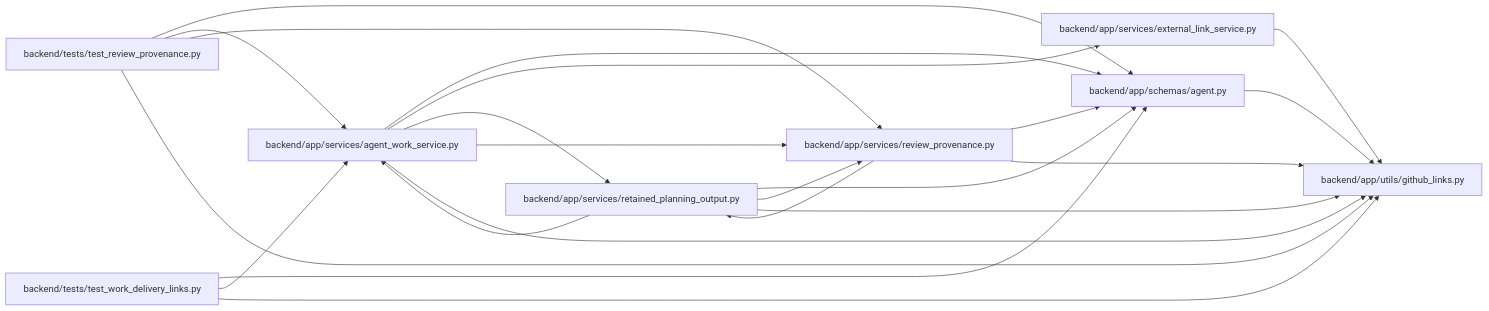
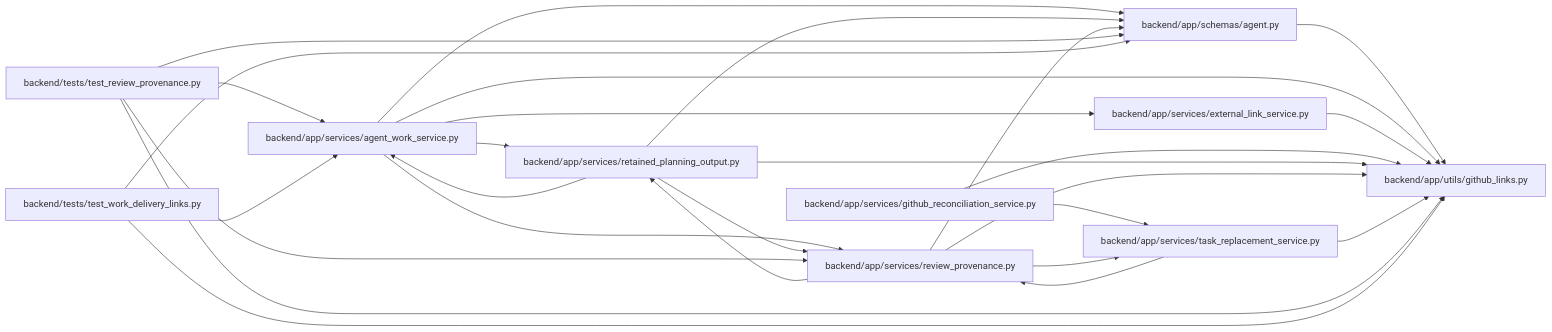
The diagram in docs/llm_wiki/modules/github_links.md (Denissvgn/WorkChord), drawn with Mermaid before and after one commit. The commit also changed other lines of this file and 1817 other files, not shown here.

First line of the commit message:
Refresh the architectural wiki for the 1.9.0 changes

````diff
--- a/docs/llm_wiki/modules/github_links.md
+++ b/docs/llm_wiki/modules/github_links.md
@@ -22,40 +22,49 @@
 ```mermaid
 flowchart LR
     n0["backend/app/schemas/agent.py"]
     n1["backend/app/services/agent_work_service.py"]
     n2["backend/app/services/external_link_service.py"]
-    n3["backend/app/services/retained_planning_output.py"]
-    n4["backend/app/services/review_provenance.py"]
-    n5["backend/app/utils/github_links.py"]
-    n6["backend/tests/test_review_provenance.py"]
-    n7["backend/tests/test_work_delivery_links.py"]
-    n0 --> n5
+    n3["backend/app/services/github_reconciliation_service.py"]
+    n4["backend/app/services/retained_planning_output.py"]
+    n5["backend/app/services/review_provenance.py"]
+    n6["backend/app/services/task_replacement_service.py"]
+    n7["backend/app/utils/github_links.py"]
+    n8["backend/tests/test_review_provenance.py"]
+    n9["backend/tests/test_work_delivery_links.py"]
+    n0 --> n7
     n1 --> n0
     n1 --> n2
-    n1 --> n3
     n1 --> n4
     n1 --> n5
-    n2 --> n5
-    n3 --> n0
-    n3 --> n1
-    n3 --> n4
-    n3 --> n5
+    n1 --> n7
+    n2 --> n7
+    n3 --> n6
+    n3 --> n7
     n4 --> n0
-    n4 --> n3
+    n4 --> n1
     n4 --> n5
-    n6 --> n0
-    n6 --> n1
-    n6 --> n4
+    n4 --> n7
+    n5 --> n0
+    n5 --> n4
+    n5 --> n6
+    n5 --> n7
     n6 --> n5
-    n7 --> n0
-    n7 --> n1
-    n7 --> n5
+    n6 --> n7
+    n8 --> n0
+    n8 --> n1
+    n8 --> n5
+    n8 --> n7
+    n9 --> n0
+    n9 --> n1
+    n9 --> n7
     click n0 "../modules/schemas_agent.md"
     click n1 "../modules/agent_work_service.md"
     click n2 "../modules/external_link_service.md"
-    click n3 "../modules/retained_planning_output.md"
-    click n4 "../modules/review_provenance.md"
-    click n5 "../modules/github_links.md"
-    click n6 "../modules/test_review_provenance.md"
-    click n7 "../modules/test_work_delivery_links.md"
+    click n3 "../modules/github_reconciliation_service.md"
+    click n4 "../modules/retained_planning_output.md"
+    click n5 "../modules/review_provenance.md"
+    click n6 "../modules/task_replacement_service.md"
+    click n7 "../modules/github_links.md"
+    click n8 "../modules/test_review_provenance.md"
+    click n9 "../modules/test_work_delivery_links.md"
 ```
````
